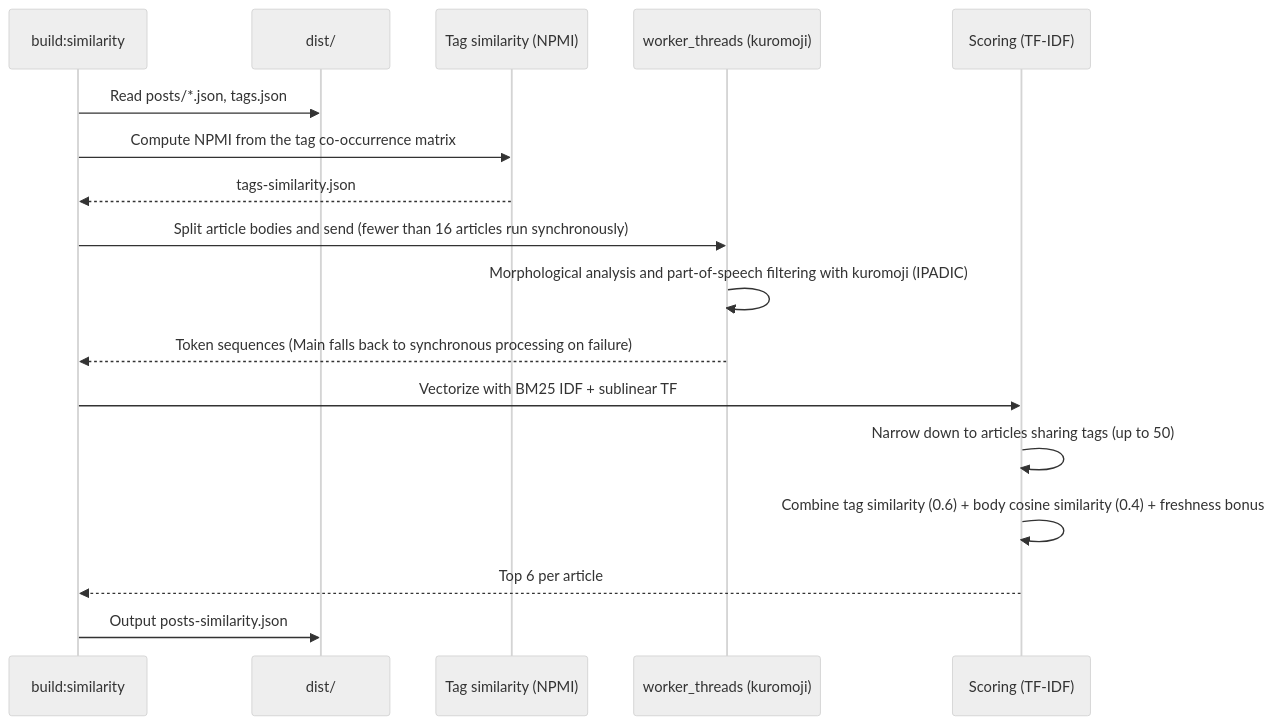
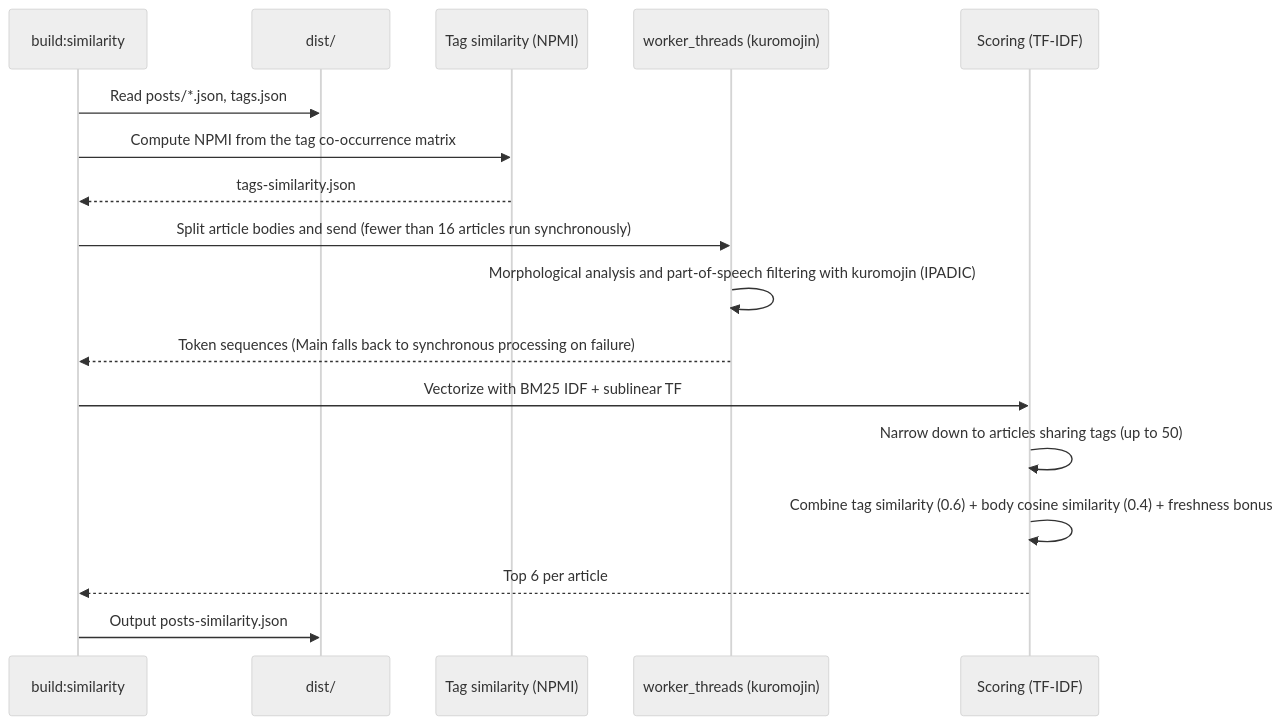
One commit to hiro0218/b.0218.jp changed the third of 4 diagrams in README.md. Above: the diagram before and after it, drawn with Mermaid (neutral theme). The commit also changed other lines of this file and 8 other files, not shown here.

````diff
--- a/README.md
+++ b/README.md
@@ -98,20 +98,20 @@
 ```mermaid
 sequenceDiagram
     participant Main as build:similarity
     participant Dist as dist/
     participant Tag as Tag similarity (NPMI)
-    participant Worker as worker_threads (kuromoji)
+    participant Worker as worker_threads (kuromojin)
     participant Score as Scoring (TF-IDF)
 
     Main->>Dist: Read posts/*.json, tags.json
     Main->>Tag: Compute NPMI from the tag co-occurrence matrix
     Tag-->>Main: tags-similarity.json
     Main->>Worker: Split article bodies and send (fewer than 16 articles run synchronously)
-    Worker->>Worker: Morphological analysis and part-of-speech filtering with kuromoji (IPADIC)
+    Worker->>Worker: Morphological analysis and part-of-speech filtering with kuromojin (IPADIC)
     Worker-->>Main: Token sequences (Main falls back to synchronous processing on failure)
     Main->>Score: Vectorize with BM25 IDF + sublinear TF
     Score->>Score: Narrow down to articles sharing tags (up to 50)
     Score->>Score: Combine tag similarity (0.6) + body cosine similarity (0.4) + freshness bonus
     Score-->>Main: Top 6 per article
     Main->>Dist: Output posts-similarity.json
 ```
````
